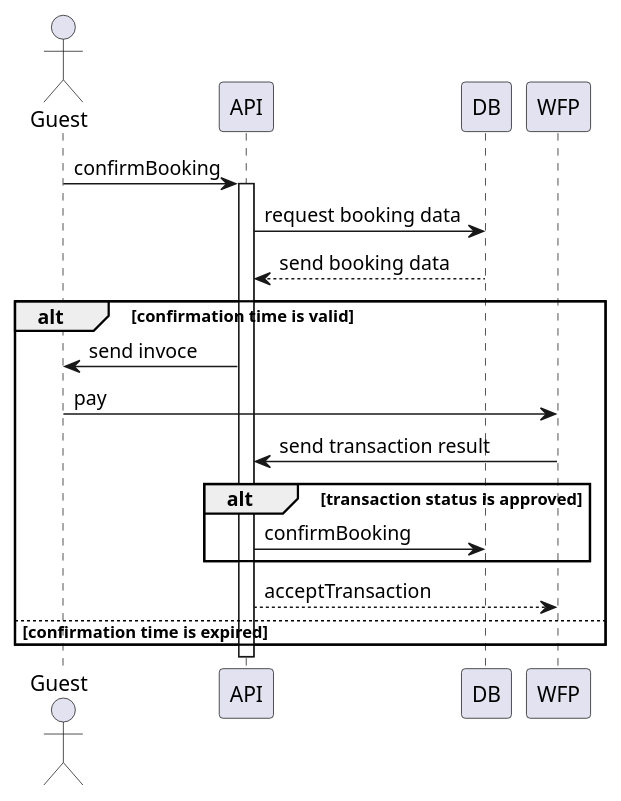
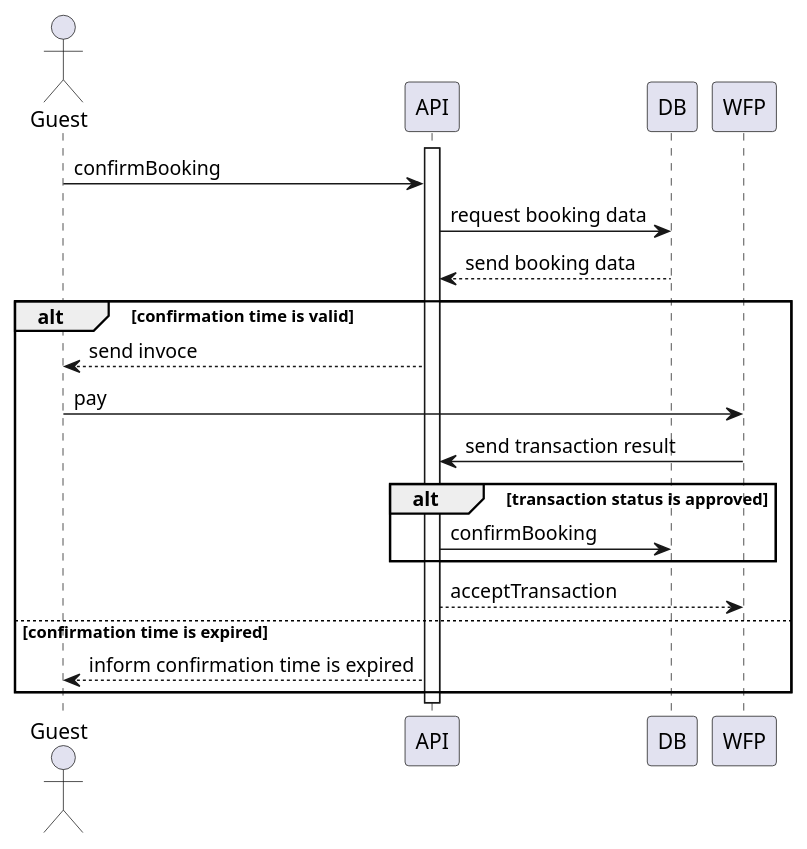
One commit to opvlad/kpi-mavpz changed the diagram in lab3/sequence-1.md. Above: the diagram before and after it, drawn with PlantUML.

Commit message:
fix: api actionvation bar, response in else

````diff
--- a/lab3/sequence-1.md
+++ b/lab3/sequence-1.md
@@ -2,27 +2,26 @@
 ```plantuml
 @startuml
 
 actor Guest as guest
+activate API
 
 guest -> API : confirmBooking
-activate API
 API -> DB : request booking data
 DB --> API : send booking data
 
 alt confirmation time is valid
-API -> guest : send invoce
+API --> guest : send invoce
 guest -> WFP : pay
 WFP -> API : send transaction result
-
 alt transaction status is approved
 API -> DB : confirmBooking
 end
 API --> WFP : acceptTransaction
 
-
 else confirmation time is expired
+API --> guest : inform confirmation time is expired
 
 end
-
+deactivate API
 @enduml
 ```
````
